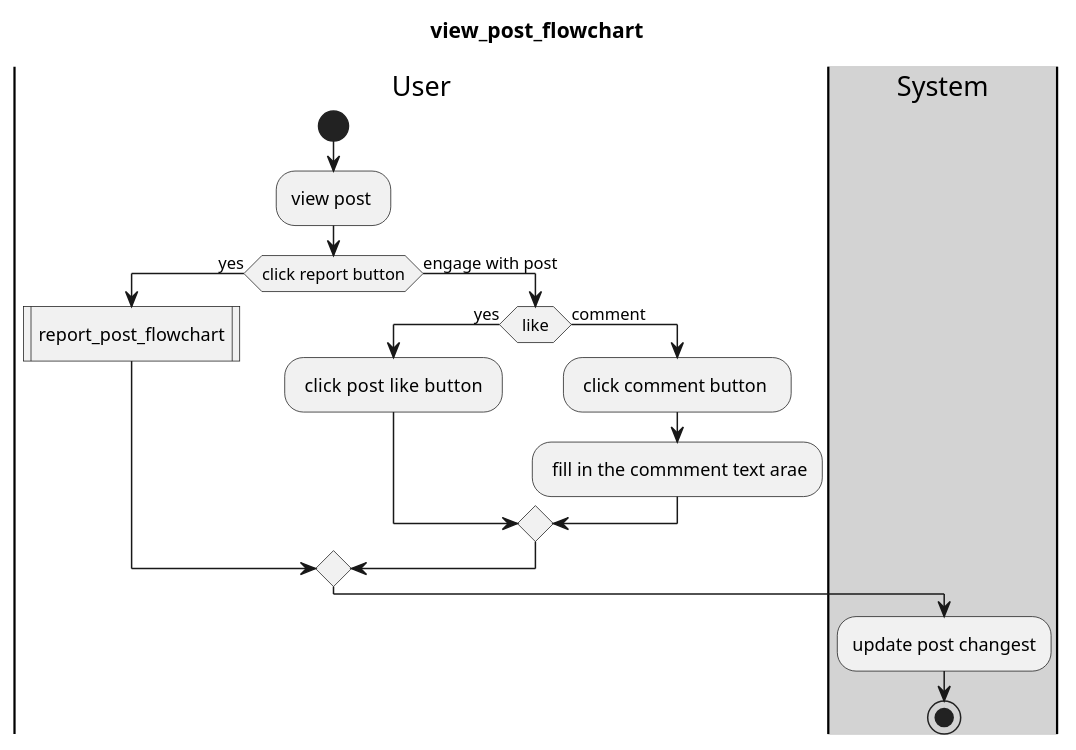
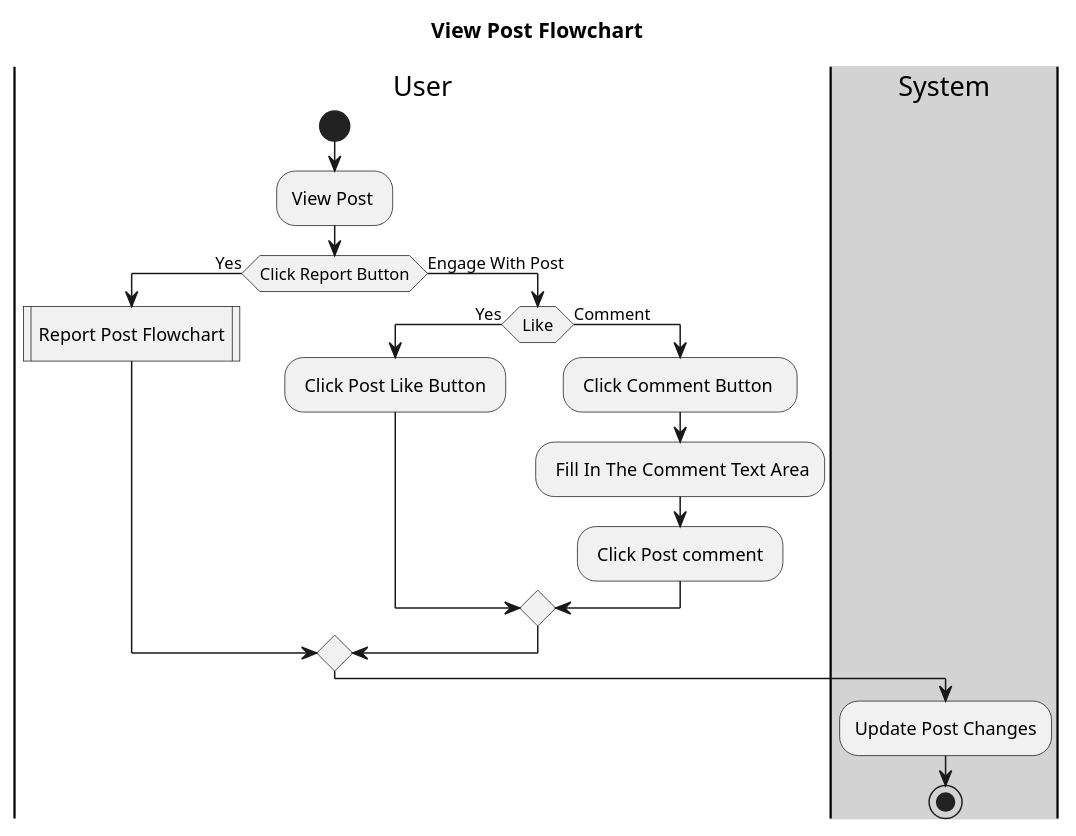
Before and after one commit to KTPx4/Social_Media: the diagram in Diagram/flowchart/post/view_post_flowchart.wsd, drawn with PlantUML. The commit also changed 10 other files, not shown here.

Commit message:
PHuc | change flowchart

```diff
--- a/Diagram/flowchart/post/view_post_flowchart.wsd
+++ b/Diagram/flowchart/post/view_post_flowchart.wsd
@@ -1,19 +1,20 @@
 @startuml 
-title view_post_flowchart
+title View Post Flowchart
 |User|
 start
-:view post ;
-if (click report button)  then  (yes) 
-:report_post_flowchart|
-else(engage with post)
-if(like) then (yes)
-: click post  like button ; 
-else(comment) 
-: click comment button  ; 
-: fill in the commment text arae; 
-endif 
+:View Post ;
+if (Click Report Button)  then  (Yes) 
+:Report Post Flowchart|
+else(Engage With Post)
+    if(Like) then (Yes)
+    : Click Post Like Button ; 
+    else(Comment) 
+    : Click Comment Button  ; 
+    : Fill In The Comment Text Area; 
+    : Click Post comment ;
+    endif 
 endif 
 |#lightgray|System|
-:update post changest;
+:Update Post Changes;
 stop
 @enduml
```
